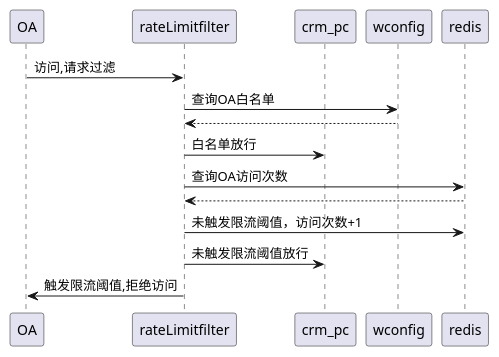
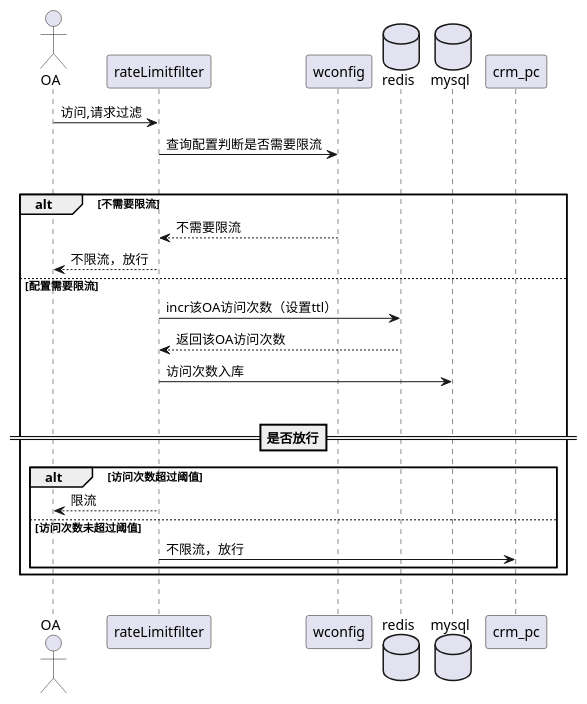
One commit to QiuYanzhao/AliCloudStudy changed the diagram in order/src/main/resources/uml/rateLimit.puml. Above: the diagram before and after it, drawn with PlantUML. The commit also changed 2 other files, not shown here.

Commit message:
更新接口限流优化时序图

```diff
--- a/order/src/main/resources/uml/rateLimit.puml
+++ b/order/src/main/resources/uml/rateLimit.puml
@@ -1,21 +1,34 @@
 @startuml
 'https://plantuml.com/class-diagram'
 
-participant OA
+actor OA
 participant rateLimitfilter
+participant wconfig
+database redis
+database mysql
 participant crm_pc
-participant wconfig
-participant redis
+
+
 
 
 OA -> rateLimitfilter: 访问,请求过滤
-rateLimitfilter -> wconfig: 查询OA白名单
-wconfig --> rateLimitfilter
-rateLimitfilter -> crm_pc: 白名单放行
-rateLimitfilter -> redis: 查询OA访问次数
-redis --> rateLimitfilter
-rateLimitfilter -> redis: 未触发限流阈值，访问次数+1
-rateLimitfilter -> crm_pc: 未触发限流阈值放行
-rateLimitfilter -> OA: 触发限流阈值,拒绝访问
+rateLimitfilter -> wconfig: 查询配置判断是否需要限流
+|||
+alt 不需要限流
+    wconfig --> rateLimitfilter: 不需要限流
+    rateLimitfilter --> OA: 不限流，放行
+else 配置需要限流
+    rateLimitfilter -> redis: incr该OA访问次数（设置ttl）
+    redis --> rateLimitfilter: 返回该OA访问次数
+    rateLimitfilter -> mysql: 访问次数入库
+    |||
+    ==是否放行==
+    alt 访问次数超过阈值
+        rateLimitfilter --> OA: 限流
+    else 访问次数未超过阈值
+        rateLimitfilter -> crm_pc: 不限流，放行
+    end
+end
+|||
 
 @enduml
```
